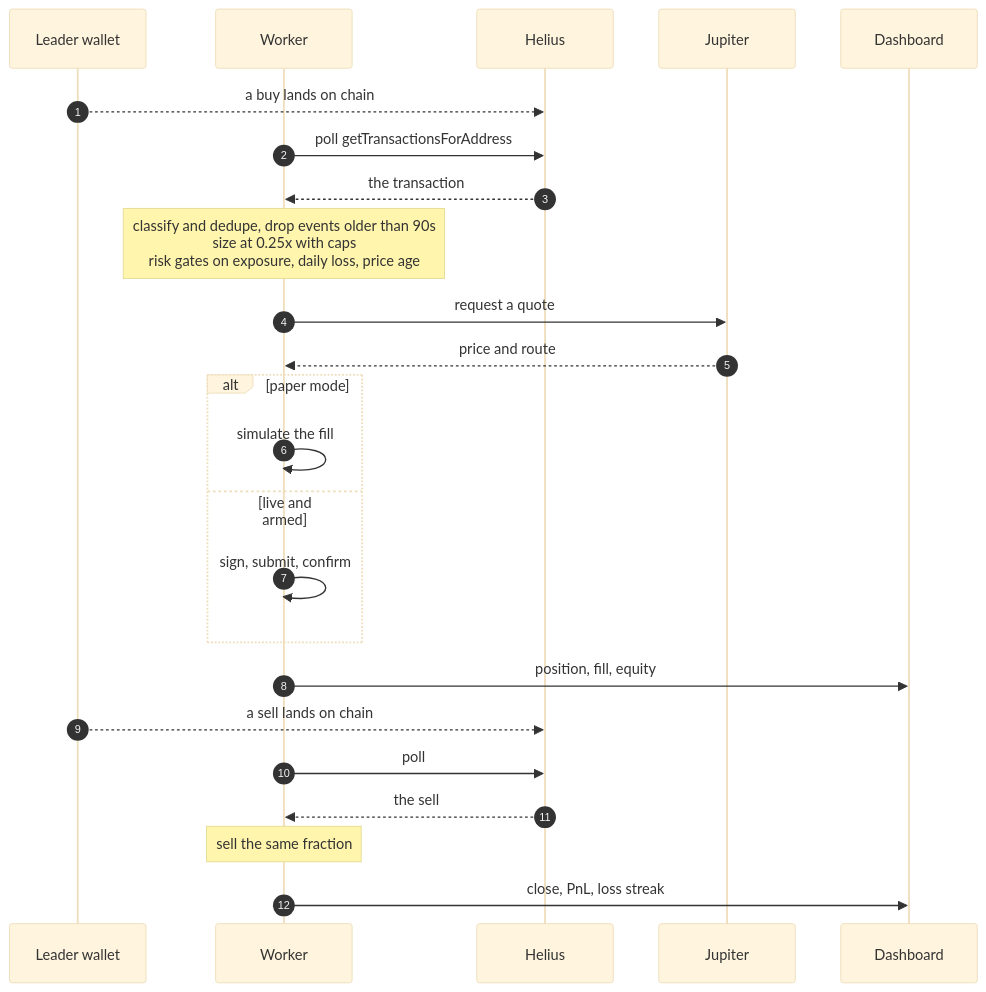
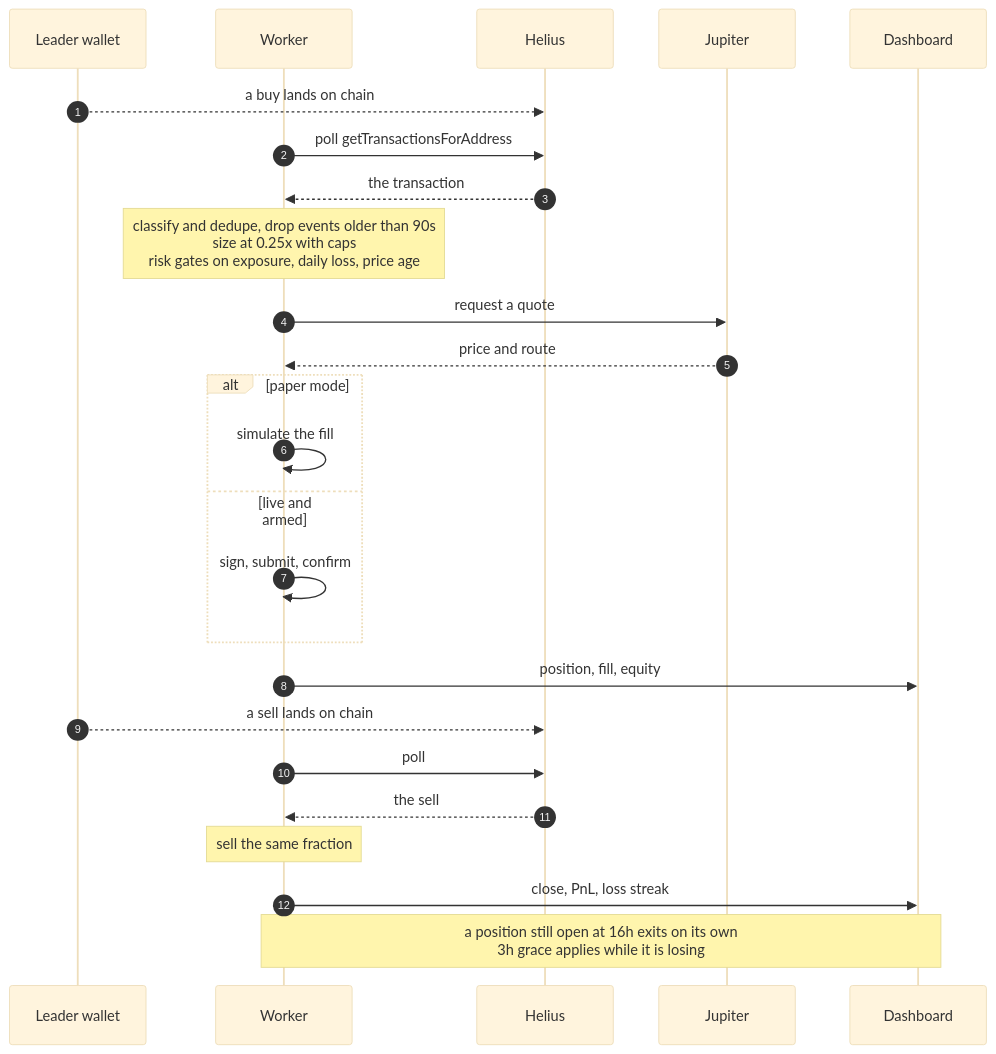
The diagram in docs/diagrams/one-copied-trade.mmd (RuneL89/zcode-copytrade-bot), drawn with Mermaid (base theme) before and after one commit. The commit also changed 8 other files, not shown here.

```diff
--- a/docs/diagrams/one-copied-trade.mmd
+++ b/docs/diagrams/one-copied-trade.mmd
@@ -1,27 +1,29 @@
 %% Render: ~/.zcode/tools/mermaid-render/render.sh -i one-copied-trade.mmd -o ../images/one-copied-trade.png -b white -s 2 -w 1600
 sequenceDiagram
     autonumber
     participant L as Leader wallet
     participant W as Worker
     participant H as Helius
     participant J as Jupiter
     participant D as Dashboard
 
     L-->>H: a buy lands on chain
     W->>H: poll getTransactionsForAddress
     H-->>W: the transaction
     Note over W: classify and dedupe, drop events older than 90s<br/>size at 0.25x with caps<br/>risk gates on exposure, daily loss, price age
     W->>J: request a quote
     J-->>W: price and route
     alt paper mode
         W->>W: simulate the fill
     else live and armed
         W->>W: sign, submit, confirm
     end
     W->>D: position, fill, equity
 
     L-->>H: a sell lands on chain
     W->>H: poll
     H-->>W: the sell
     Note over W: sell the same fraction
     W->>D: close, PnL, loss streak
+
+    Note over W,D: a position still open at 16h exits on its own<br/>3h grace applies while it is losing
```
